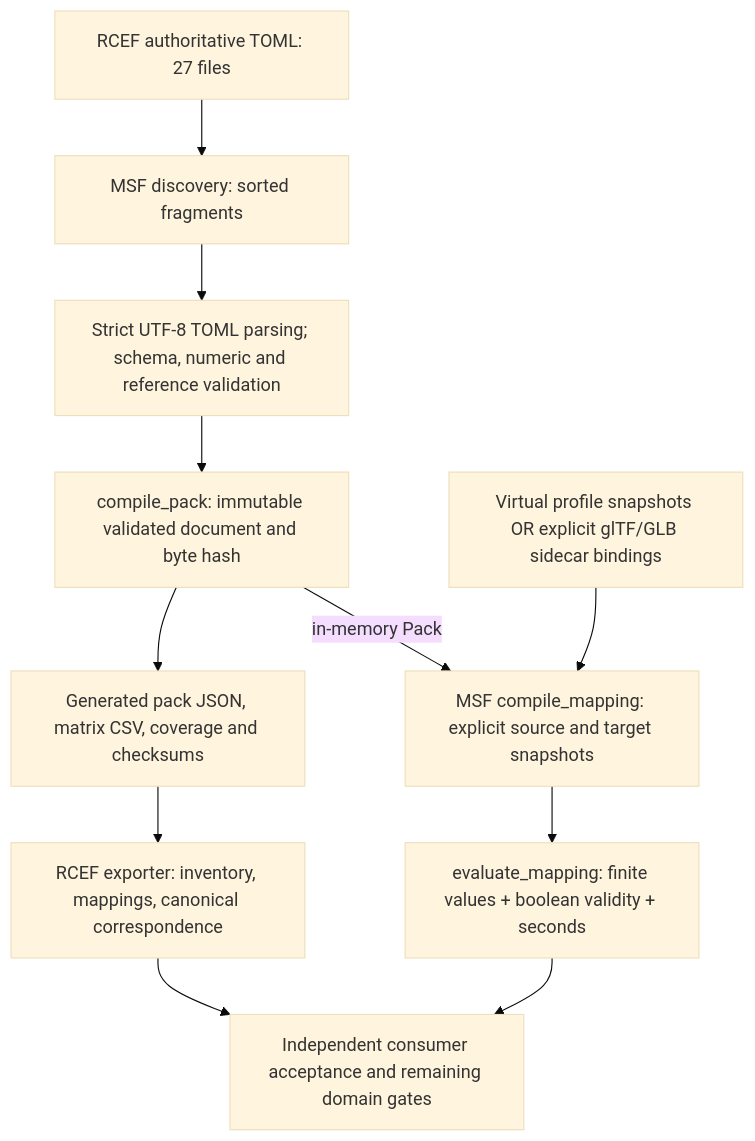
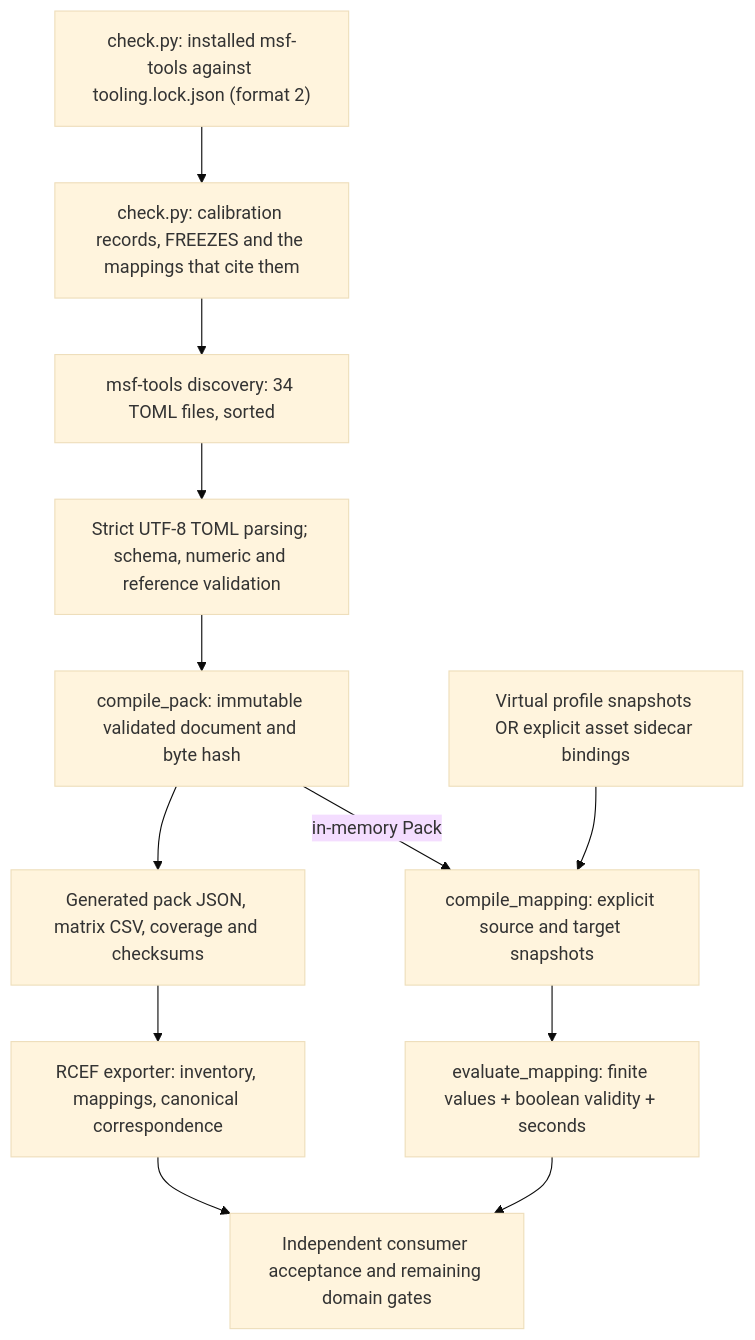
One commit to MetaverseStandards/RCEF changed the first of 2 diagrams in docs/architecture.md. Above: the diagram before and after it, drawn with Mermaid (base theme). The commit also changed other lines of this file, not shown here.

Commit message:
Update docs/architecture.md to data 0.4.0, operators 1.1, calibration records, the held-out provenance check and lock format 2, in plain words

````diff
--- a/docs/architecture.md
+++ b/docs/architecture.md
@@ -30,13 +29,14 @@
 ```mermaid
 flowchart TD
-    A["RCEF authoritative TOML: 27 files"] --> B["MSF discovery: sorted fragments"]
+    L["check.py: installed msf-tools against tooling.lock.json (format 2)"] --> K["check.py: calibration records, FREEZES and the mappings that cite them"]
+    K --> B["msf-tools discovery: 34 TOML files, sorted"]
     B --> C["Strict UTF-8 TOML parsing; schema, numeric and reference validation"]
     C --> D["compile_pack: immutable validated document and byte hash"]
     D --> E["Generated pack JSON, matrix CSV, coverage and checksums"]
-    D -->|in-memory Pack| F["MSF compile_mapping: explicit source and target snapshots"]
-    P["Virtual profile snapshots OR explicit glTF/GLB sidecar bindings"] --> F
+    D -->|in-memory Pack| F["compile_mapping: explicit source and target snapshots"]
+    P["Virtual profile snapshots OR explicit asset sidecar bindings"] --> F
     F --> G["evaluate_mapping: finite values + boolean validity + seconds"]
     E --> H["RCEF exporter: inventory, mappings, canonical correspondence"]
     G --> I["Independent consumer acceptance and remaining domain gates"]
     H --> I
 ```
````
